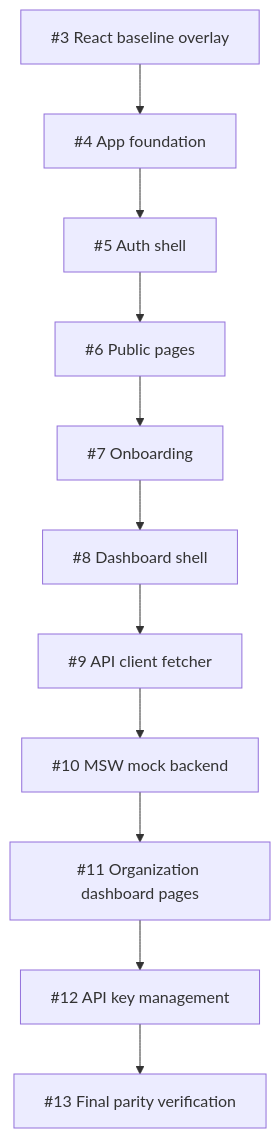
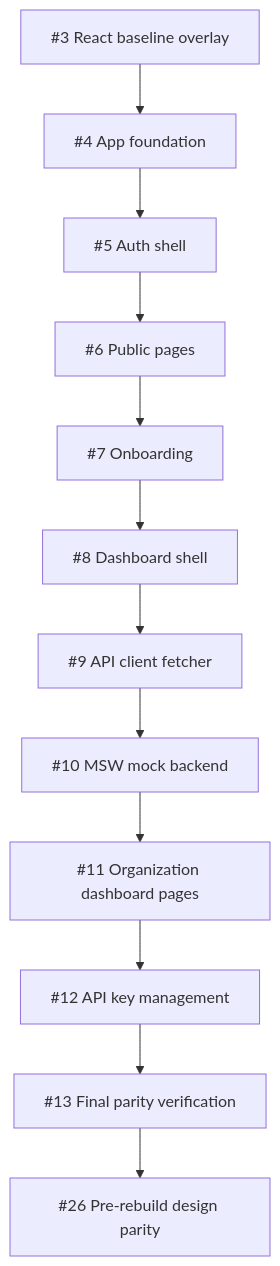
Before and after one commit to team-minswon/heymoa-web: the first of 2 diagrams in docs/rebuild/final-web-parity-verification.md, drawn with Mermaid. The commit also changed other lines of this file and 64 other files, not shown here.

First line of the commit message:
feat: restore pre-rebuild design parity (#26)

````diff
--- a/docs/rebuild/final-web-parity-verification.md
+++ b/docs/rebuild/final-web-parity-verification.md
@@ -14,13 +14,14 @@
 ```mermaid
 flowchart TD
     A["#3 React baseline overlay"] --> B["#4 App foundation"]
     B --> C["#5 Auth shell"]
     C --> D["#6 Public pages"]
     D --> E["#7 Onboarding"]
     E --> F["#8 Dashboard shell"]
     F --> G["#9 API client fetcher"]
     G --> H["#10 MSW mock backend"]
     H --> I["#11 Organization dashboard pages"]
     I --> J["#12 API key management"]
     J --> K["#13 Final parity verification"]
+    K --> L["#26 Pre-rebuild design parity"]
 ```
````
